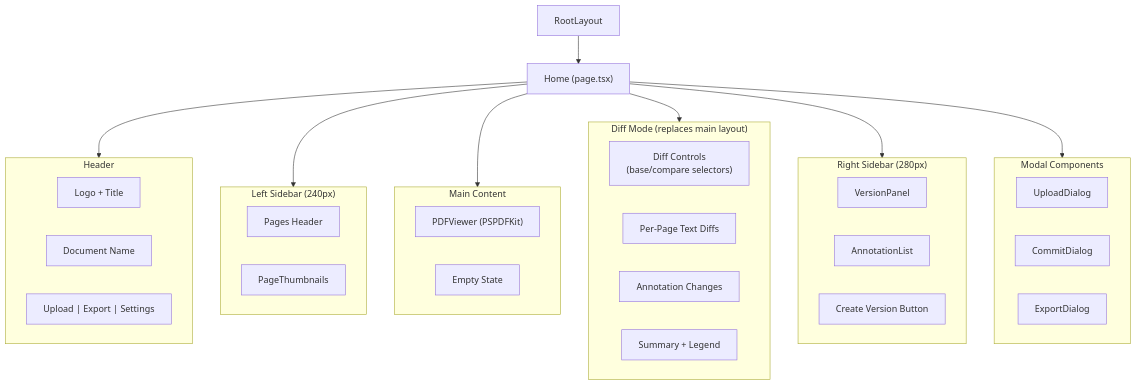
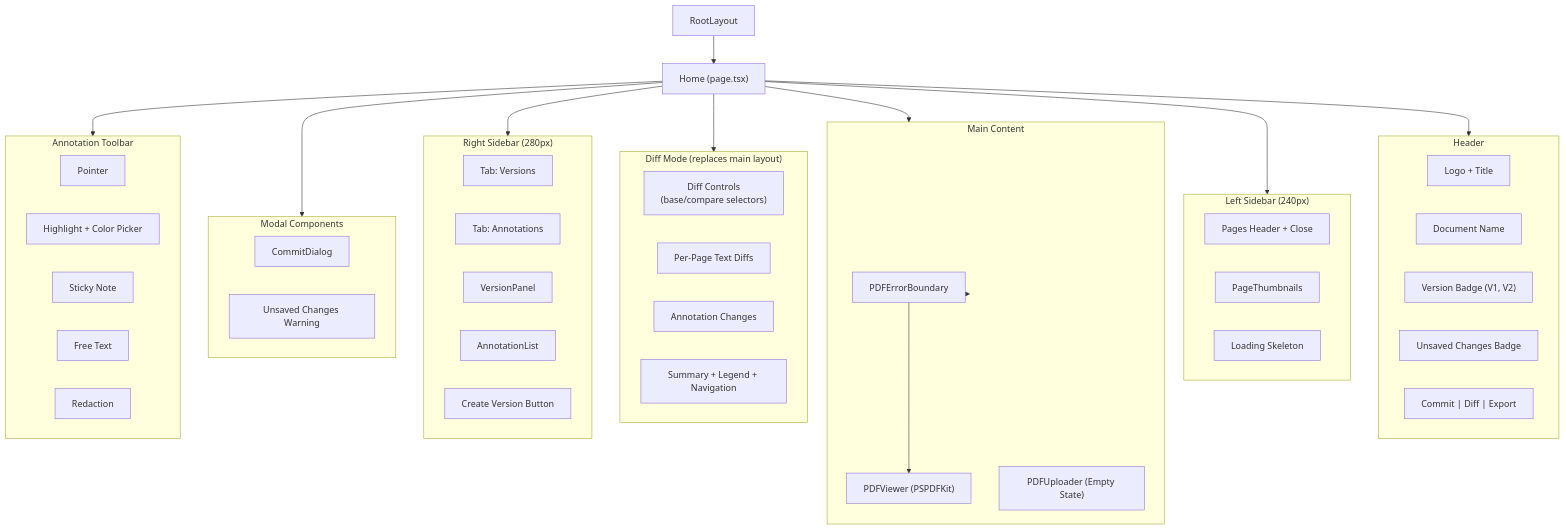
The third of 8 diagrams in ARCHITECTURE.md (hellosurbhi/pdf-review-tool), drawn with Mermaid before and after one commit. The commit also changed other lines of this file and 16 other files, not shown here.

````diff
--- a/ARCHITECTURE.md
+++ b/ARCHITECTURE.md
@@ -189,48 +121,64 @@
 ```mermaid
 flowchart TD
     RootLayout["RootLayout"]
     HomePage["Home (page.tsx)"]
 
     subgraph Header["Header"]
         Logo["Logo + Title"]
         DocName["Document Name"]
-        Actions["Upload | Export | Settings"]
+        VersionBadge["Version Badge (V1, V2)"]
+        UnsavedBadge["Unsaved Changes Badge"]
+        Actions["Commit | Diff | Export"]
     end
 
     subgraph LeftSidebar["Left Sidebar (240px)"]
-        PagesHeader["Pages Header"]
+        PagesHeader["Pages Header + Close"]
         PageThumbnails["PageThumbnails"]
+        LoadingSkeleton["Loading Skeleton"]
     end
 
     subgraph MainContent["Main Content"]
+        ErrorBound["PDFErrorBoundary"]
         PDFViewer["PDFViewer (PSPDFKit)"]
-        EmptyState["Empty State"]
+        UploadZone["PDFUploader (Empty State)"]
     end
 
     subgraph DiffView["Diff Mode (replaces main layout)"]
         DiffControls["Diff Controls<br/>(base/compare selectors)"]
         DiffPanel["Per-Page Text Diffs"]
         DiffAnnotations["Annotation Changes"]
-        DiffSummary["Summary + Legend"]
+        DiffSummary["Summary + Legend + Navigation"]
     end
 
     subgraph RightSidebar["Right Sidebar (280px)"]
+        TabVersions["Tab: Versions"]
+        TabAnnotations["Tab: Annotations"]
         VersionPanel["VersionPanel"]
         AnnotationList["AnnotationList"]
         CreateVersionBtn["Create Version Button"]
     end
 
     subgraph Modals["Modal Components"]
-        UploadDialog["UploadDialog"]
         CommitDialog["CommitDialog"]
-        ExportDialog["ExportDialog"]
+        UnsavedWarning["Unsaved Changes Warning"]
+    end
+
+    subgraph AnnotToolbar["Annotation Toolbar"]
+        Pointer["Pointer"]
+        Highlight["Highlight + Color Picker"]
+        Note["Sticky Note"]
+        FreeText["Free Text"]
+        Redaction["Redaction"]
     end
 
     RootLayout --> HomePage
     HomePage --> Header
+    HomePage --> AnnotToolbar
     HomePage --> LeftSidebar
     HomePage --> MainContent
     HomePage --> DiffView
     HomePage --> RightSidebar
     HomePage --> Modals
+    MainContent --> ErrorBound
+    ErrorBound --> PDFViewer
 ```
````
